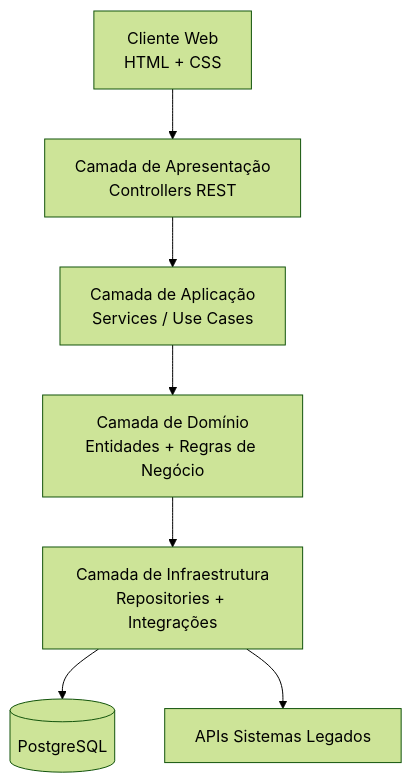
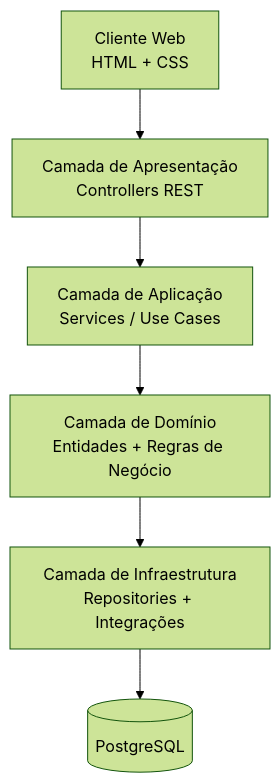
One commit to Rangelzin/SGA-Central-POO changed the diagram in README.md. Above: the diagram before and after it, drawn with Mermaid (forest theme). The commit also changed other lines of this file and 1 other file, not shown here.

````diff
--- a/README.md
+++ b/README.md
@@ -62,9 +59,8 @@
 ```mermaid
 flowchart TD
     A[Cliente Web\nHTML + CSS] --> B[Camada de Apresentação\nControllers REST]
     B --> C[Camada de Aplicação\nServices / Use Cases]
     C --> D[Camada de Domínio\nEntidades + Regras de Negócio]
     D --> E[Camada de Infraestrutura\nRepositories + Integrações]
     E --> F[(PostgreSQL)]
-    E --> G[APIs Sistemas Legados]
 ```
````
